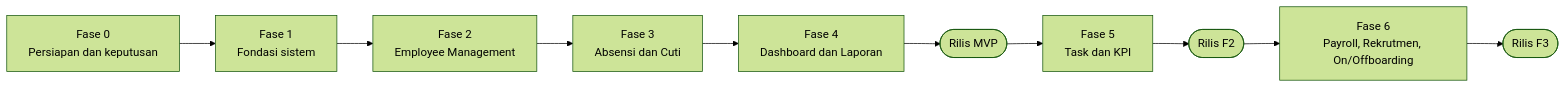
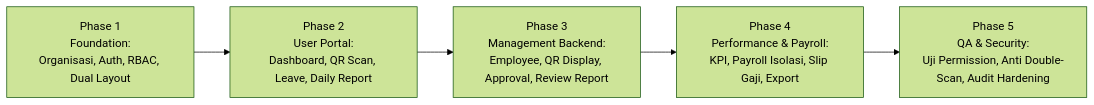
One commit to hillmydyan/Hris-kurma changed the first of 11 diagrams in PRD_HRIS_Sistem_v2.md. Above: the diagram before and after it, drawn with Mermaid (forest theme). The commit also changed other lines of this file and 114 other files, not shown here.

````diff
--- a/PRD_HRIS_Sistem_v2.md
+++ b/PRD_HRIS_Sistem_v2.md
@@ -213,12 +235,7 @@
 ```mermaid
 flowchart LR
-    F0["Fase 0<br/>Persiapan dan keputusan"] --> F1a["Fase 1<br/>Fondasi sistem"]
-    F1a --> F1b["Fase 2<br/>Employee Management"]
-    F1b --> F1c["Fase 3<br/>Absensi dan Cuti"]
-    F1c --> F1d["Fase 4<br/>Dashboard dan Laporan"]
-    F1d --> R1(["Rilis MVP"])
-    R1 --> F2["Fase 5<br/>Task dan KPI"]
-    F2 --> R2(["Rilis F2"])
-    R2 --> F3["Fase 6<br/>Payroll, Rekrutmen, On/Offboarding"]
-    F3 --> R3(["Rilis F3"])
+    P1["Phase 1<br/>Foundation:<br/>Organisasi, Auth, RBAC, Dual Layout"] --> P2["Phase 2<br/>User Portal:<br/>Dashboard, QR Scan, Leave, Daily Report"]
+    P2 --> P3["Phase 3<br/>Management Backend:<br/>Employee, QR Display, Approval, Review Report"]
+    P3 --> P4["Phase 4<br/>Performance & Payroll:<br/>KPI, Payroll Isolasi, Slip Gaji, Export"]
+    P4 --> P5["Phase 5<br/>QA & Security:<br/>Uji Permission, Anti Double-Scan, Audit Hardening"]
 ```
````
